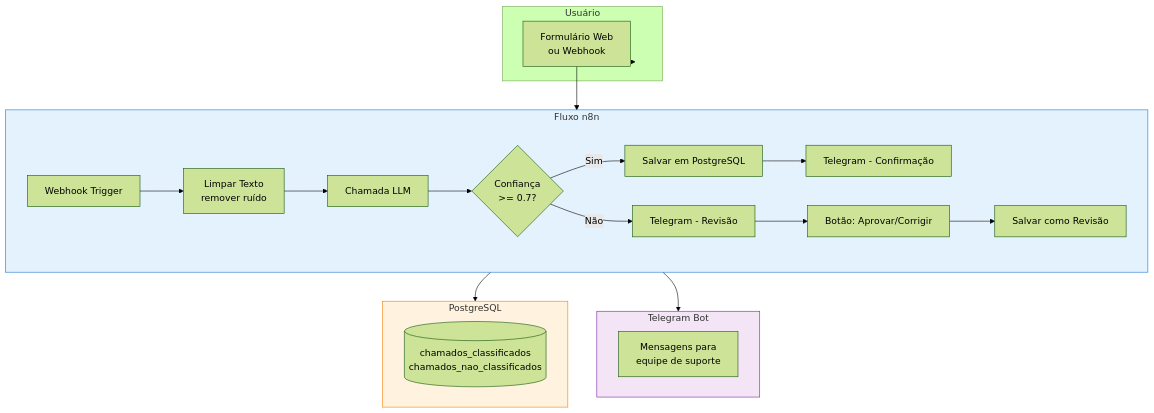
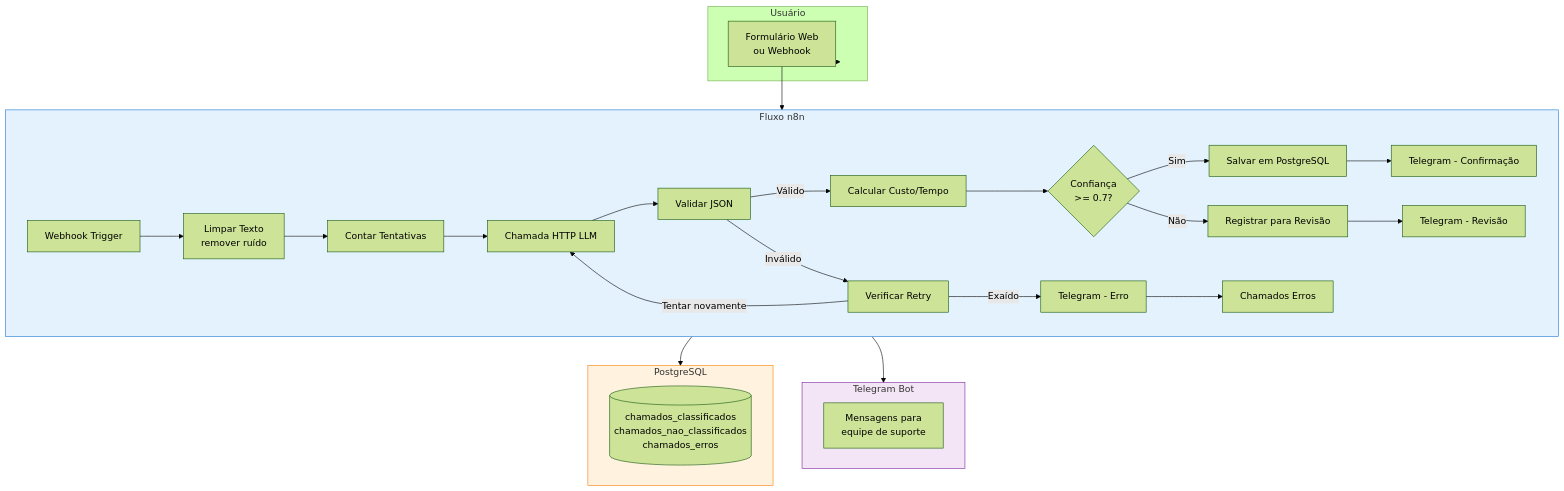
One commit to Hey-Pablo/triagem-chamados-ia changed the diagram in README.md. Above: the diagram before and after it, drawn with Mermaid (forest theme). The commit also changed other lines of this file and 5 other files, not shown here.

````diff
--- a/README.md
+++ b/README.md
@@ -15,34 +17,40 @@
 ```mermaid
 flowchart TD
     subgraph Usuario["Usuário"]
         A[Formulário Web<br/>ou Webhook]
     end
 
     subgraph N8N["Fluxo n8n"]
         B[Webhook Trigger] --> C[Limpar Texto<br/>remover ruído]
-        C --> D[Chamada LLM]
-        D --> E{Confiança<br/>>= 0.7?}
-        E -->|Sim| F[Salvar em PostgreSQL]
-        F --> G[Telegram - Confirmação]
-        E -->|Não| H[Telegram - Revisão]
-        H --> I[Botão: Aprovar/Corrigir]
-        I --> J[Salvar como Revisão]
+        C --> D[Contar Tentativas]
+        D --> E[Chamada HTTP LLM]
+        E --> F[Validar JSON]
+        F -->|Válido| G[Calcular Custo/Tempo]
+        G --> H{Confiança<br/>>= 0.7?}
+        H -->|Sim| I[Salvar em PostgreSQL]
+        I --> J[Telegram - Confirmação]
+        H -->|Não| K[Registrar para Revisão]
+        K --> L[Telegram - Revisão]
+        F -->|Inválido| M[Verificar Retry]
+        M -->|Tentar novamente| E
+        M -->|Exaído| N[Telegram - Erro]
+        N --> O[Chamados Erros]
     end
 
     subgraph Banco["PostgreSQL"]
-        L[(chamados_classificados<br/>chamados_nao_classificados)]
+        P[(chamados_classificados<br/>chamados_nao_classificados<br/>chamados_erros)]
     end
 
     subgraph Notificacao["Telegram Bot"]
-        K[Mensagens para<br/>equipe de suporte]
+        Q[Mensagens para<br/>equipe de suporte]
     end
 
     Usuario --> A
     A --> N8N
     N8N --> Banco
     N8N --> Notificacao
 
     style N8N fill:#e3f2fd,stroke:#1976d2
     style Banco fill:#fff3e0,stroke:#f57c00
     style Notificacao fill:#f3e5f5,stroke:#7b1fa2
 ```
````
